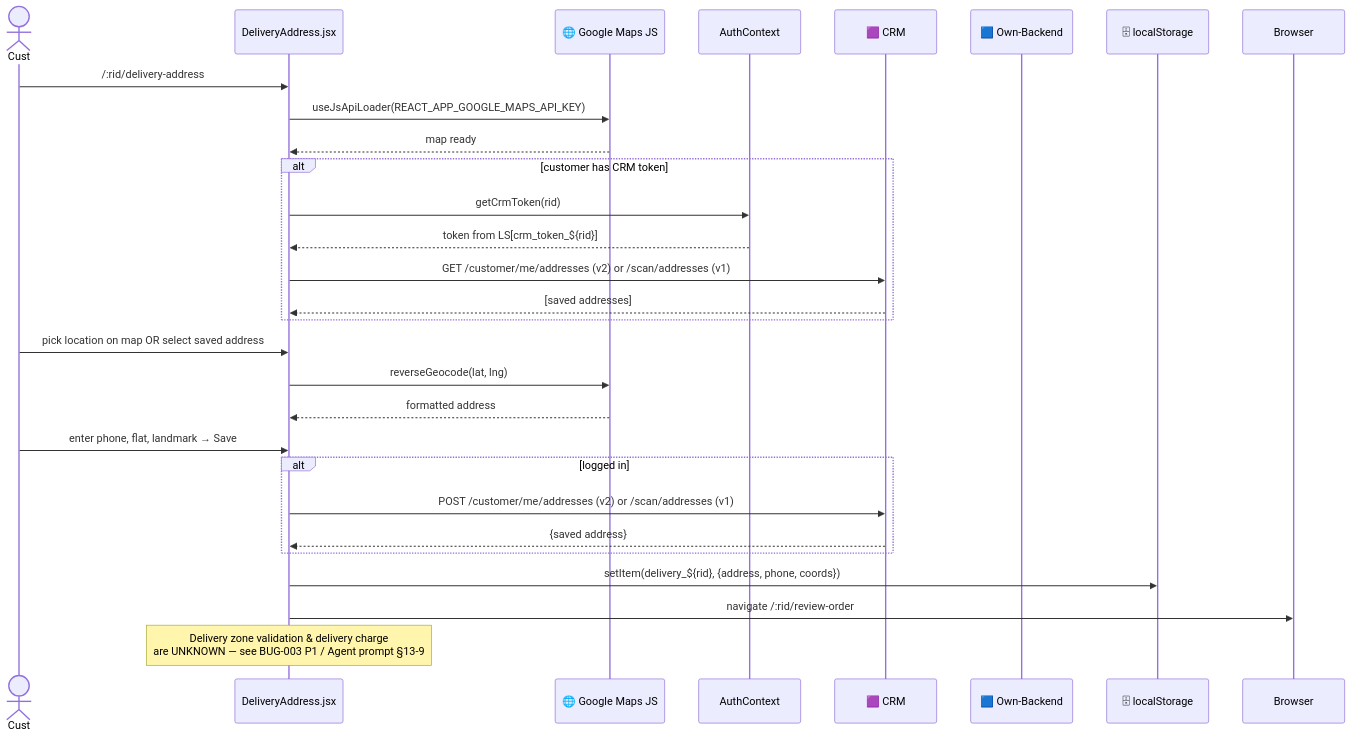
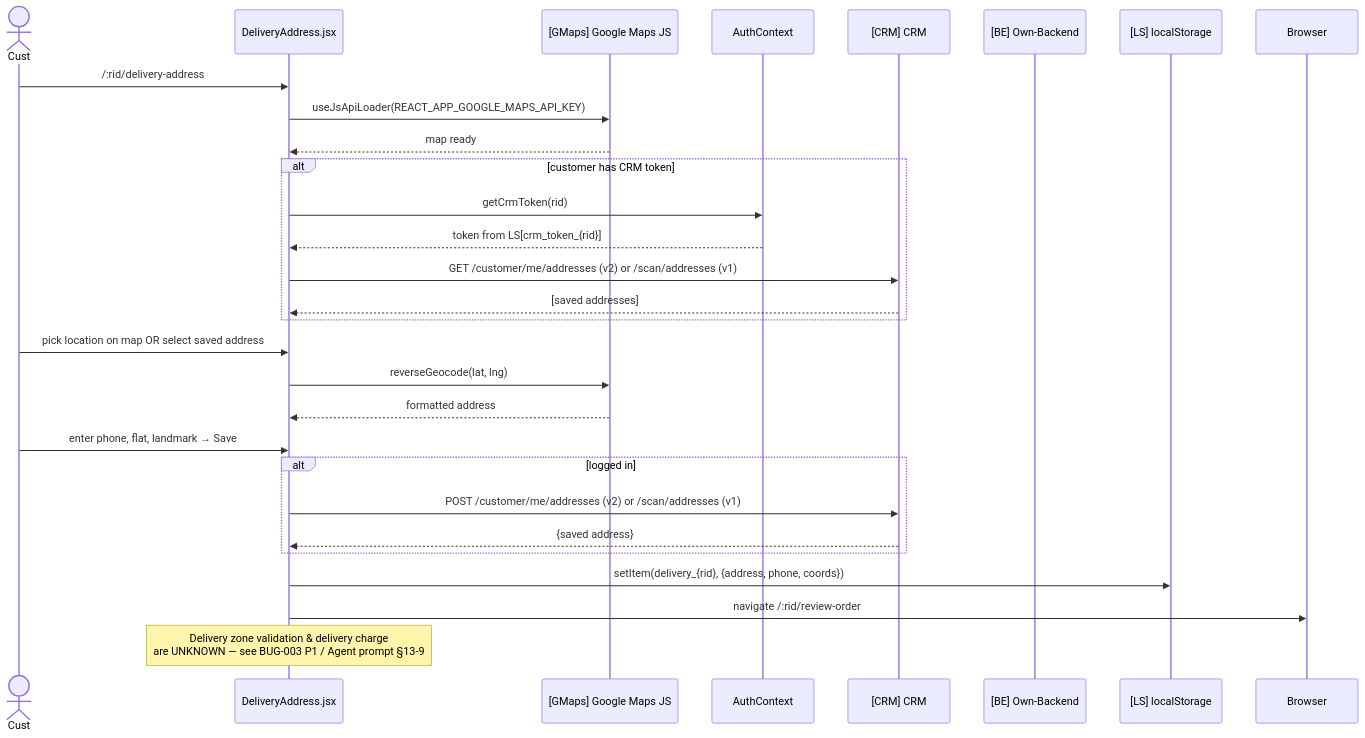
One commit to Abhi-mygenie/customer-app5th-march changed the sixth of 9 diagrams in memory_repo/current-state/DATA_FLOW_DIAGRAM_2026-02.md. Above: the diagram before and after it, drawn with Mermaid. The commit also changed other lines of this file and 3 other files, not shown here.

````diff
--- a/memory_repo/current-state/DATA_FLOW_DIAGRAM_2026-02.md
+++ b/memory_repo/current-state/DATA_FLOW_DIAGRAM_2026-02.md
@@ -278,35 +281,35 @@
 ```mermaid
 sequenceDiagram
     actor Cust
     participant Del as DeliveryAddress.jsx
-    participant GMaps as 🌐 Google Maps JS
+    participant GMaps as [GMaps] Google Maps JS
     participant Auth as AuthContext
-    participant CRM as 🟪 CRM
-    participant BE as 🟦 Own-Backend
-    participant LS as 🗄 localStorage
+    participant CRM as [CRM] CRM
+    participant BE as [BE] Own-Backend
+    participant LS as [LS] localStorage
 
     Cust->>Del: /:rid/delivery-address
     Del->>GMaps: useJsApiLoader(REACT_APP_GOOGLE_MAPS_API_KEY)
     GMaps-->>Del: map ready
 
     alt customer has CRM token
         Del->>Auth: getCrmToken(rid)
-        Auth-->>Del: token from LS[crm_token_${rid}]
+        Auth-->>Del: token from LS[crm_token_{rid}]
         Del->>CRM: GET /customer/me/addresses (v2) or /scan/addresses (v1)
         CRM-->>Del: [saved addresses]
     end
 
     Cust->>Del: pick location on map OR select saved address
     Del->>GMaps: reverseGeocode(lat, lng)
     GMaps-->>Del: formatted address
 
     Cust->>Del: enter phone, flat, landmark → Save
     alt logged in
         Del->>CRM: POST /customer/me/addresses (v2) or /scan/addresses (v1)
         CRM-->>Del: {saved address}
     end
-    Del->>LS: setItem(delivery_${rid}, {address, phone, coords})
+    Del->>LS: setItem(delivery_{rid}, {address, phone, coords})
     Del->>Browser: navigate /:rid/review-order
 
     Note over Del: Delivery zone validation & delivery charge<br/>are UNKNOWN — see BUG-003 P1 / Agent prompt §13-9
 ```
````
